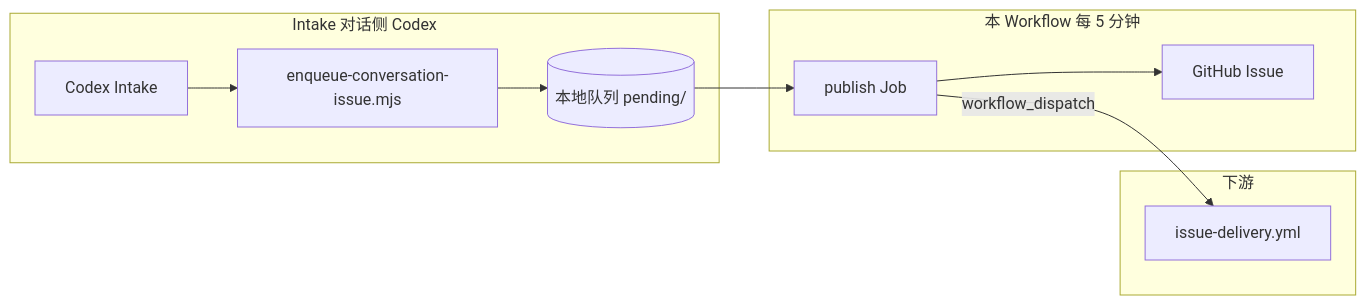
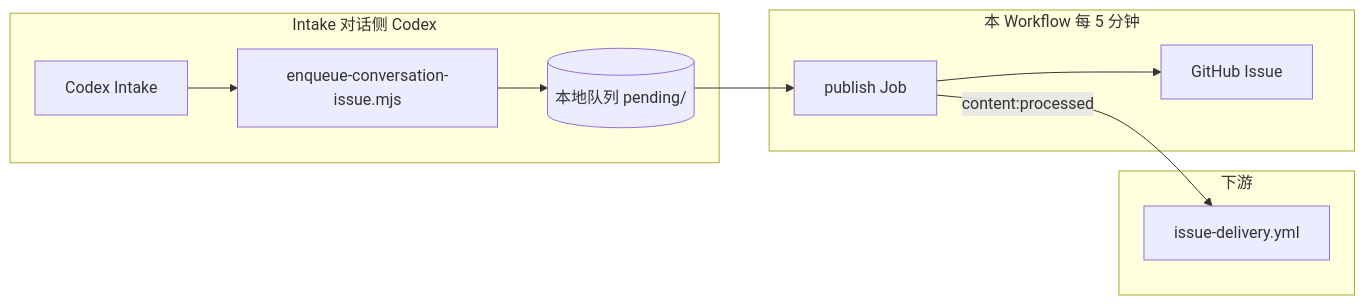
The first of 2 diagrams in .github/workflows/publish-conversation-issues.yml.md (liuzhuang/signalpatch), drawn with Mermaid before and after one commit. The commit also changed other lines of this file and 17 other files, not shown here.

First line of the commit message:
feat(delivery): 用 content:processed 标签事件启动 Issue Delivery

````diff
--- a/.github/workflows/publish-conversation-issues.yml.md
+++ b/.github/workflows/publish-conversation-issues.yml.md
@@ -22,18 +22,18 @@
 ```mermaid
 flowchart LR
   subgraph intake [Intake 对话侧 Codex]
     C[Codex Intake]
     EQ[enqueue-conversation-issue.mjs]
     Q[(本地队列 pending/)]
     C --> EQ --> Q
   end
   subgraph publish [本 Workflow 每 5 分钟]
     P[publish Job]
     GH[GitHub Issue]
     Q --> P --> GH
   end
   subgraph delivery [下游]
     ID[issue-delivery.yml]
-    P -->|workflow_dispatch| ID
+    P -->|content:processed| ID
   end
 ```
````
